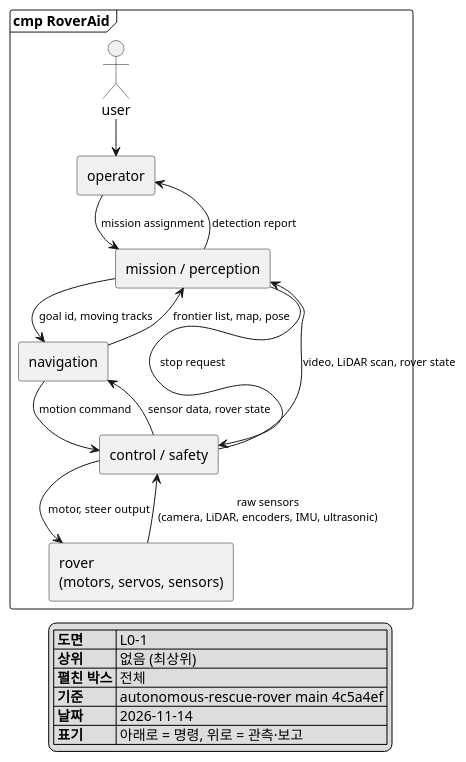
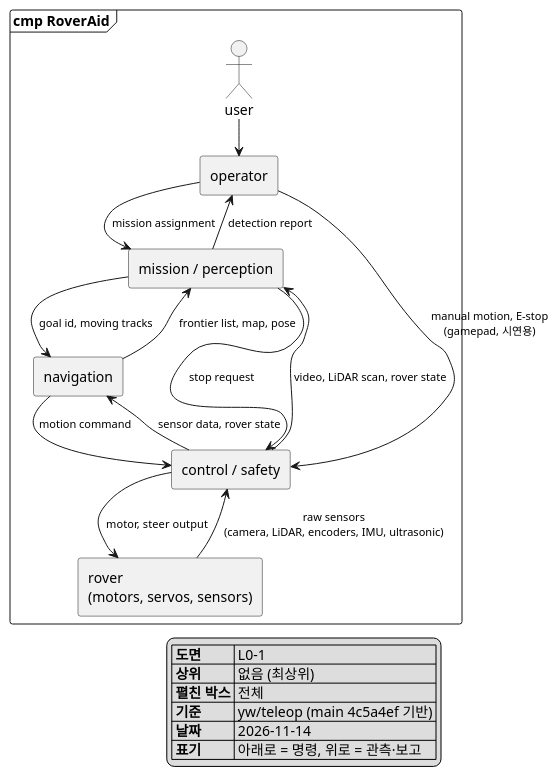
One commit to Ruysong/autonomous-rescue-rover changed the diagram in docs/architecture/L0-1_system.puml. Above: the diagram before and after it, drawn with PlantUML. The commit also changed 30 other files, not shown here.

First line of the commit message:
feat: gamepad manual drive (operator -> CommandGate -> Kinematics -> PicoBridge)

```diff
--- a/docs/architecture/L0-1_system.puml
+++ b/docs/architecture/L0-1_system.puml
@@ -1,42 +1,43 @@
 @startuml L0-1_system
 !pragma layout smetana
 skinparam monochrome true
 skinparam shadowing false
 skinparam defaultFontName "Malgun Gothic"
 skinparam componentStyle rectangle
 skinparam ArrowFontSize 11
 top to bottom direction
 
 frame "cmp RoverAid" {
   actor "user" as USER
   component "operator" as OPERATOR
   component "mission / perception" as MISSION
   component "navigation" as NAV
   component "control / safety" as CONTROL
   rectangle "rover\n(motors, servos, sensors)" as ROVER
 
   USER --> OPERATOR
   OPERATOR --> MISSION : mission assignment
   MISSION -up-> OPERATOR : detection report
 
   MISSION --> NAV : goal id, moving tracks
   NAV -up-> MISSION : frontier list, map, pose
 
   NAV --> CONTROL : motion command
   MISSION --> CONTROL : stop request
+  OPERATOR --> CONTROL : manual motion, E-stop\n(gamepad, 시연용)
   CONTROL -up-> NAV : sensor data, rover state
   CONTROL -up-> MISSION : video, LiDAR scan, rover state
 
   CONTROL --> ROVER : motor, steer output
   ROVER -up-> CONTROL : raw sensors\n(camera, LiDAR, encoders, IMU, ultrasonic)
 }
 
 legend bottom right
   |= 도면 | L0-1 |
   |= 상위 | 없음 (최상위) |
   |= 펼친 박스 | 전체 |
-  |= 기준 | autonomous-rescue-rover main 4c5a4ef |
+  |= 기준 | yw/teleop (main 4c5a4ef 기반) |
   |= 날짜 | 2026-11-14 |
   |= 표기 | 아래로 = 명령, 위로 = 관측·보고 |
 endlegend
 @enduml
```
